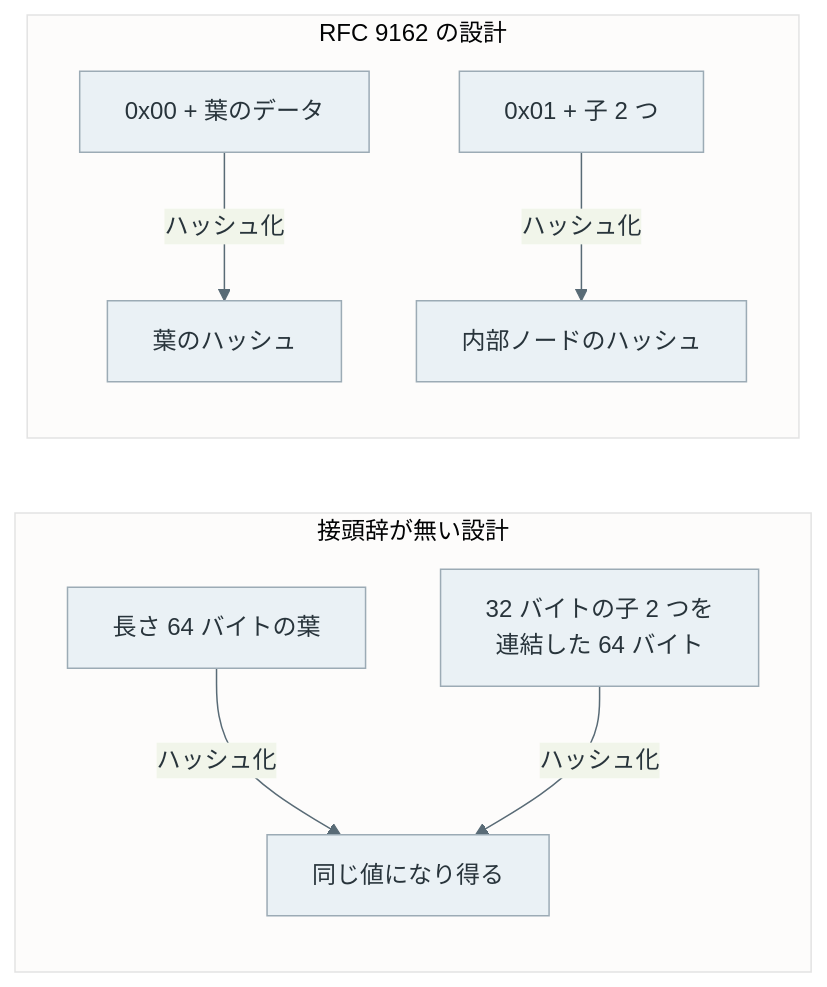
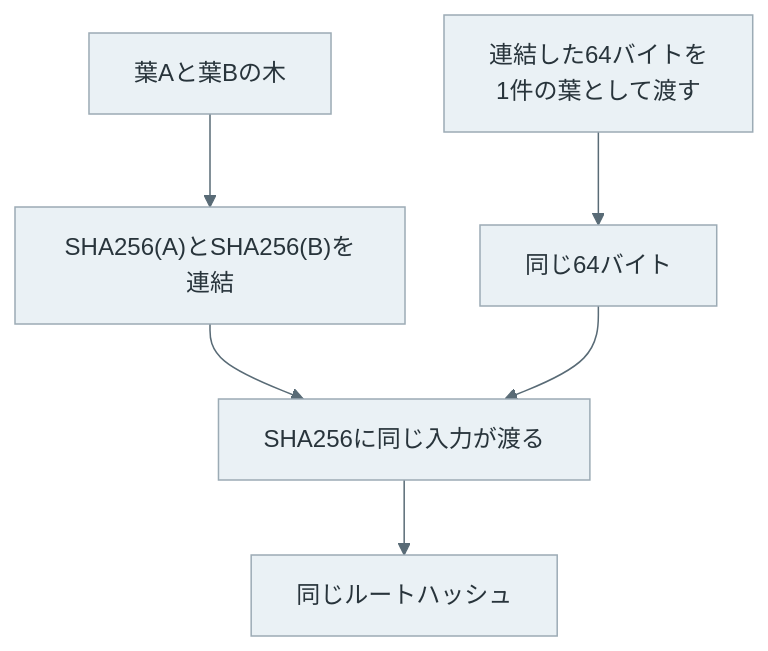
The third of 4 diagrams in content/notes/blockchain-systems/merkle-tree-design/index.md (nao1215/debimate), drawn with Mermaid before and after one commit. The commit also changed other lines of this file and 101 other files, not shown here.

Commit message:
feat(notes): add blockchain labs and improve technical diagrams

````diff
--- a/content/notes/blockchain-systems/merkle-tree-design/index.md
+++ b/content/notes/blockchain-systems/merkle-tree-design/index.md
@@ -78,13 +111,9 @@
 ```mermaid
 %%{init: {"theme":"base","themeVariables":{"primaryColor":"#eaf1f5","primaryTextColor":"#28343b","primaryBorderColor":"#9cabb5","lineColor":"#596b76","textColor":"#28343b","actorBkg":"#eaf1f5","actorBorder":"#9cabb5","actorTextColor":"#28343b","actorLineColor":"#9cabb5","signalColor":"#596b76","signalTextColor":"#28343b","noteBkgColor":"#f7f1e5","noteBorderColor":"#c5b99b","noteTextColor":"#403c32","activationBkgColor":"#edf3ef","activationBorderColor":"#9aafa1"}}}%%
-flowchart LR
-    subgraph NG["接頭辞が無い設計"]
-        A1["長さ 64 バイトの葉"] -->|ハッシュ化| S["同じ値になり得る"]
-        A2["32 バイトの子 2 つを<br/>連結した 64 バイト"] -->|ハッシュ化| S
-    end
-    subgraph OK["RFC 9162 の設計"]
-        B1["0x00 + 葉のデータ"] -->|ハッシュ化| V1["葉のハッシュ"]
-        B2["0x01 + 子 2 つ"] -->|ハッシュ化| V2["内部ノードのハッシュ"]
-    end
-    classDef default fill:#eaf1f5,stroke:#9cabb5,color:#28343b;
+flowchart TD
+    A["葉Aと葉Bの木"] --> X["SHA256(A)とSHA256(B)を連結"]
+    B["連結した64バイトを<br/>1件の葉として渡す"] --> Y["同じ64バイト"]
+    X --> H["SHA256に同じ入力が渡る"]
+    Y --> H
+    H --> R["同じルートハッシュ"]
 ```
````
